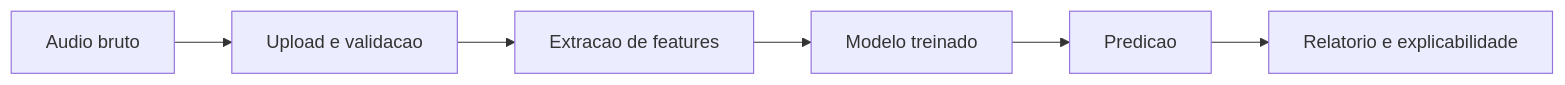
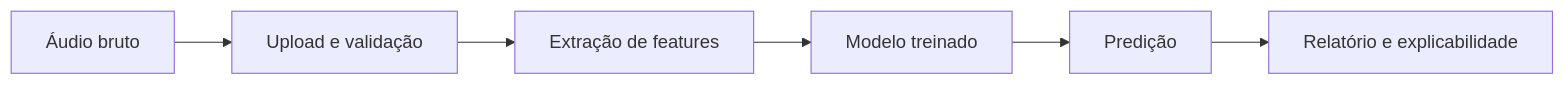
Before and after one commit to thierrybraga/XFakeSong: the first of 3 diagrams in docs/index.md, drawn with Mermaid. The commit also changed other lines of this file and 7 other files, not shown here.

````diff
--- a/docs/index.md
+++ b/docs/index.md
@@ -33,8 +50,8 @@
 ```mermaid
 flowchart LR
-    A["Audio bruto"] --> B["Upload e validacao"]
-    B --> C["Extracao de features"]
+    A["Áudio bruto"] --> B["Upload e validação"]
+    B --> C["Extração de features"]
     C --> D["Modelo treinado"]
-    D --> E["Predicao"]
-    E --> F["Relatorio e explicabilidade"]
+    D --> E["Predição"]
+    E --> F["Relatório e explicabilidade"]
 ```
````
